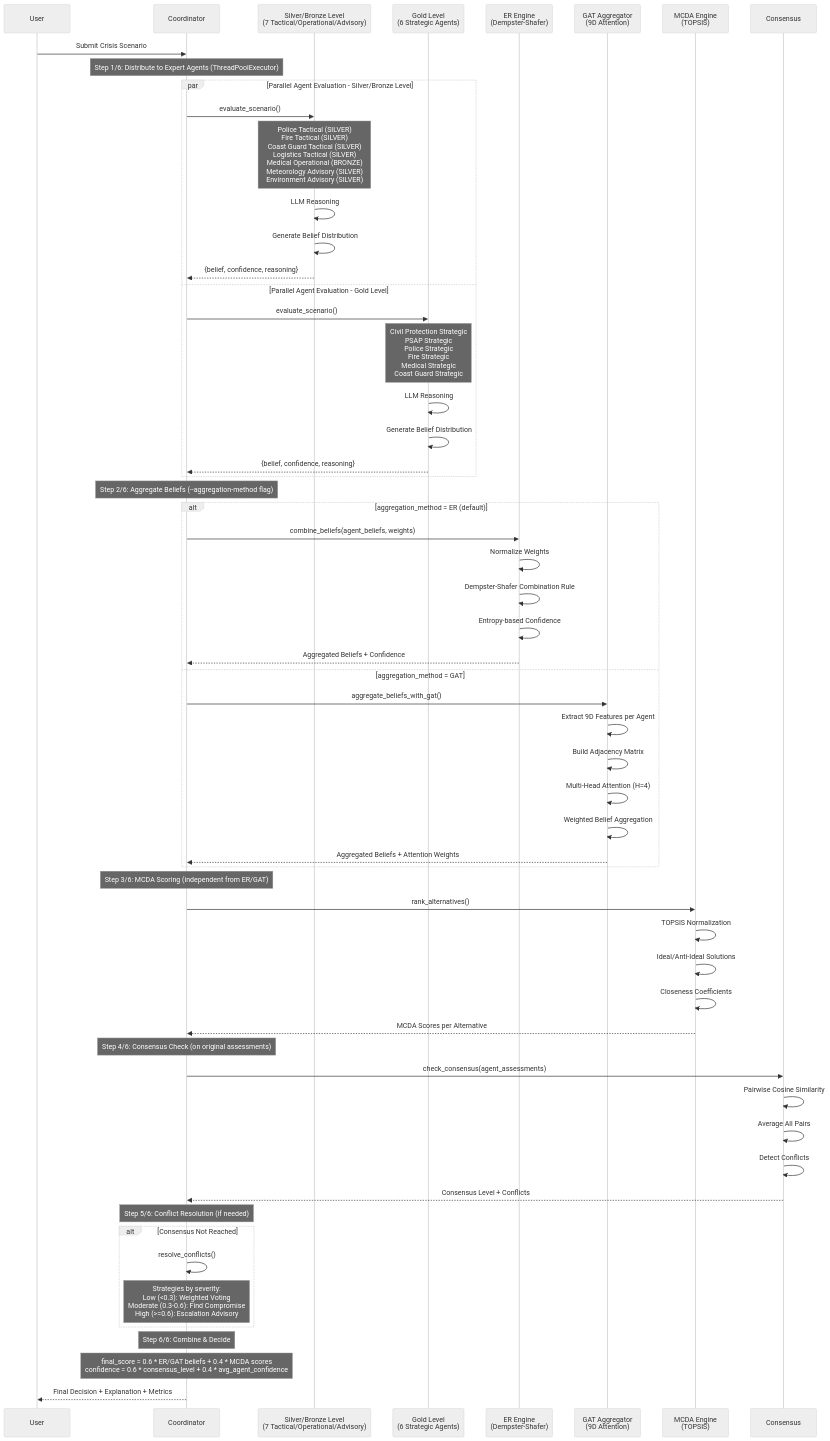
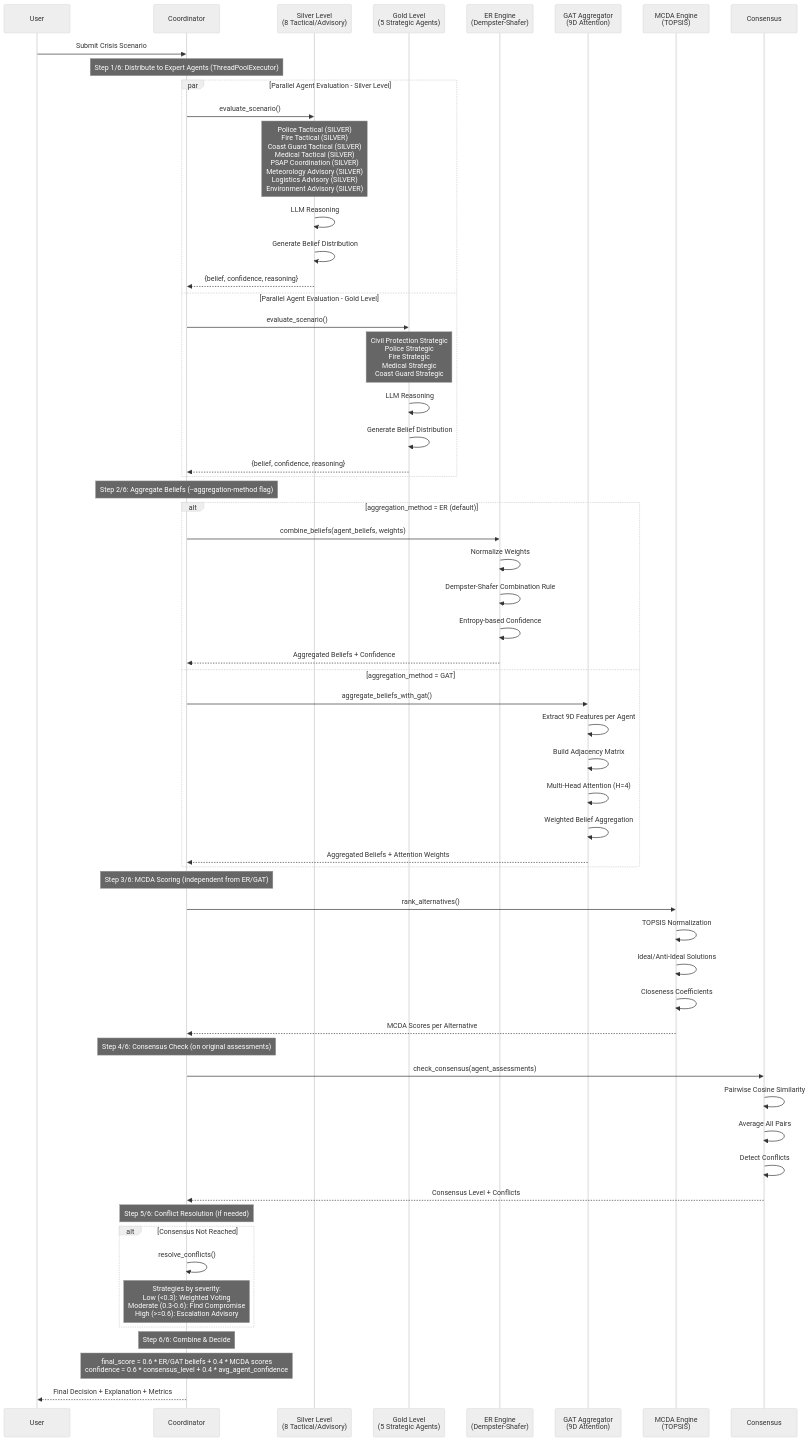
Before and after one commit to kerbgr/crisis_mas_poc: the ninth of 22 diagrams in ARCHITECTURE_DIAGRAMS.md, drawn with Mermaid (neutral theme). The commit also changed 6 other files, not shown here.

Commit message:
updates on agents and architecture diagrams

````diff
--- a/ARCHITECTURE_DIAGRAMS.md
+++ b/ARCHITECTURE_DIAGRAMS.md
@@ -421,74 +421,74 @@
 ```mermaid
 sequenceDiagram
     participant User
     participant Coordinator
-    participant SilverBronze as Silver/Bronze Level<br/>(7 Tactical/Operational/Advisory)
-    participant Gold as Gold Level<br/>(6 Strategic Agents)
+    participant Silver as Silver Level<br/>(8 Tactical/Advisory)
+    participant Gold as Gold Level<br/>(5 Strategic Agents)
     participant ER as ER Engine<br/>(Dempster-Shafer)
     participant GAT as GAT Aggregator<br/>(9D Attention)
     participant MCDA as MCDA Engine<br/>(TOPSIS)
     participant Consensus
 
     User->>Coordinator: Submit Crisis Scenario
 
     Note over Coordinator: Step 1/6: Distribute to Expert Agents (ThreadPoolExecutor)
 
-    par Parallel Agent Evaluation - Silver/Bronze Level
-        Coordinator->>SilverBronze: evaluate_scenario()
-        Note over SilverBronze: Police Tactical (SILVER)<br/>Fire Tactical (SILVER)<br/>Coast Guard Tactical (SILVER)<br/>Logistics Tactical (SILVER)<br/>Medical Operational (BRONZE)<br/>Meteorology Advisory (SILVER)<br/>Environment Advisory (SILVER)
-        SilverBronze->>SilverBronze: LLM Reasoning
-        SilverBronze->>SilverBronze: Generate Belief Distribution
-        SilverBronze-->>Coordinator: {belief, confidence, reasoning}
+    par Parallel Agent Evaluation - Silver Level
+        Coordinator->>Silver: evaluate_scenario()
+        Note over Silver: Police Tactical (SILVER)<br/>Fire Tactical (SILVER)<br/>Coast Guard Tactical (SILVER)<br/>Medical Tactical (SILVER)<br/>PSAP Coordination (SILVER)<br/>Meteorology Advisory (SILVER)<br/>Logistics Advisory (SILVER)<br/>Environment Advisory (SILVER)
+        Silver->>Silver: LLM Reasoning
+        Silver->>Silver: Generate Belief Distribution
+        Silver-->>Coordinator: {belief, confidence, reasoning}
     and Parallel Agent Evaluation - Gold Level
         Coordinator->>Gold: evaluate_scenario()
-        Note over Gold: Civil Protection Strategic<br/>PSAP Strategic<br/>Police Strategic<br/>Fire Strategic<br/>Medical Strategic<br/>Coast Guard Strategic
+        Note over Gold: Civil Protection Strategic<br/>Police Strategic<br/>Fire Strategic<br/>Medical Strategic<br/>Coast Guard Strategic
         Gold->>Gold: LLM Reasoning
         Gold->>Gold: Generate Belief Distribution
         Gold-->>Coordinator: {belief, confidence, reasoning}
     end
 
     Note over Coordinator: Step 2/6: Aggregate Beliefs (--aggregation-method flag)
 
     alt aggregation_method = ER (default)
         Coordinator->>ER: combine_beliefs(agent_beliefs, weights)
         ER->>ER: Normalize Weights
         ER->>ER: Dempster-Shafer Combination Rule
         ER->>ER: Entropy-based Confidence
         ER-->>Coordinator: Aggregated Beliefs + Confidence
     else aggregation_method = GAT
         Coordinator->>GAT: aggregate_beliefs_with_gat()
         GAT->>GAT: Extract 9D Features per Agent
         GAT->>GAT: Build Adjacency Matrix
         GAT->>GAT: Multi-Head Attention (H=4)
         GAT->>GAT: Weighted Belief Aggregation
         GAT-->>Coordinator: Aggregated Beliefs + Attention Weights
     end
 
     Note over Coordinator: Step 3/6: MCDA Scoring (independent from ER/GAT)
 
     Coordinator->>MCDA: rank_alternatives()
     MCDA->>MCDA: TOPSIS Normalization
     MCDA->>MCDA: Ideal/Anti-Ideal Solutions
     MCDA->>MCDA: Closeness Coefficients
     MCDA-->>Coordinator: MCDA Scores per Alternative
 
     Note over Coordinator: Step 4/6: Consensus Check (on original assessments)
 
     Coordinator->>Consensus: check_consensus(agent_assessments)
     Consensus->>Consensus: Pairwise Cosine Similarity
     Consensus->>Consensus: Average All Pairs
     Consensus->>Consensus: Detect Conflicts
     Consensus-->>Coordinator: Consensus Level + Conflicts
 
     Note over Coordinator: Step 5/6: Conflict Resolution (if needed)
 
     alt Consensus Not Reached
         Coordinator->>Coordinator: resolve_conflicts()
         Note over Coordinator: Strategies by severity:<br/>Low (<0.3): Weighted Voting<br/>Moderate (0.3-0.6): Find Compromise<br/>High (>=0.6): Escalation Advisory
     end
 
     Note over Coordinator: Step 6/6: Combine & Decide
 
     Note over Coordinator: final_score = 0.6 * ER/GAT beliefs + 0.4 * MCDA scores<br/>confidence = 0.6 * consensus_level + 0.4 * avg_agent_confidence
     Coordinator-->>User: Final Decision + Explanation + Metrics
 ```
````
